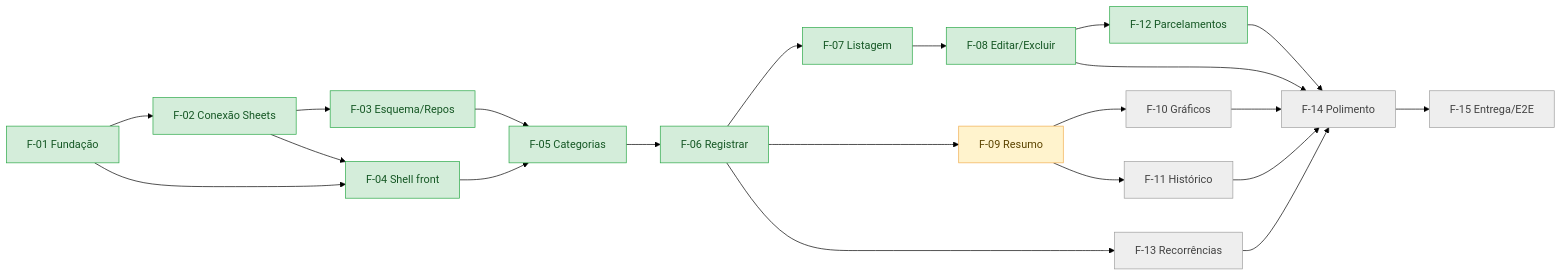
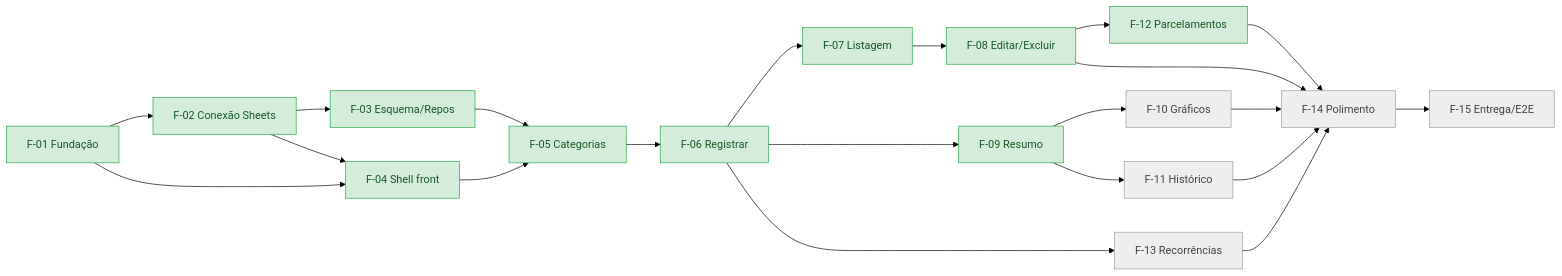
Before and after one commit to Pedrohcs/PlanilhaFinanceira: the diagram in SPECS/05-acompanhamento.md, drawn with Mermaid (forest theme). The commit also changed other lines of this file and 17 other files, not shown here.

````diff
--- a/SPECS/05-acompanhamento.md
+++ b/SPECS/05-acompanhamento.md
@@ -64,24 +64,23 @@
 ```mermaid
 flowchart LR
     F01[F-01 Fundação] --> F02[F-02 Conexão Sheets] --> F03[F-03 Esquema/Repos]
     F01 --> F04[F-04 Shell front]
     F02 --> F04
     F03 --> F05[F-05 Categorias]
     F04 --> F05
     F05 --> F06[F-06 Registrar]
     F06 --> F07[F-07 Listagem] --> F08[F-08 Editar/Excluir]
     F06 --> F09[F-09 Resumo]
     F09 --> F10[F-10 Gráficos]
     F09 --> F11[F-11 Histórico]
     F08 --> F12[F-12 Parcelamentos]
     F06 --> F13[F-13 Recorrências]
     F08 & F10 & F11 & F12 & F13 --> F14[F-14 Polimento]
     F14 --> F15[F-15 Entrega/E2E]
 
     classDef naoIniciada fill:#eeeeee,stroke:#9e9e9e,color:#424242;
     classDef iniciada fill:#fff3cd,stroke:#f0ad4e,color:#5c4400;
     classDef concluida fill:#d4edda,stroke:#28a745,color:#155724;
     class F10,F11,F13,F14,F15 naoIniciada;
-    class F09 iniciada;
-    class F01,F02,F03,F04,F05,F06,F07,F08,F12 concluida;
+    class F01,F02,F03,F04,F05,F06,F07,F08,F09,F12 concluida;
 ```
````
